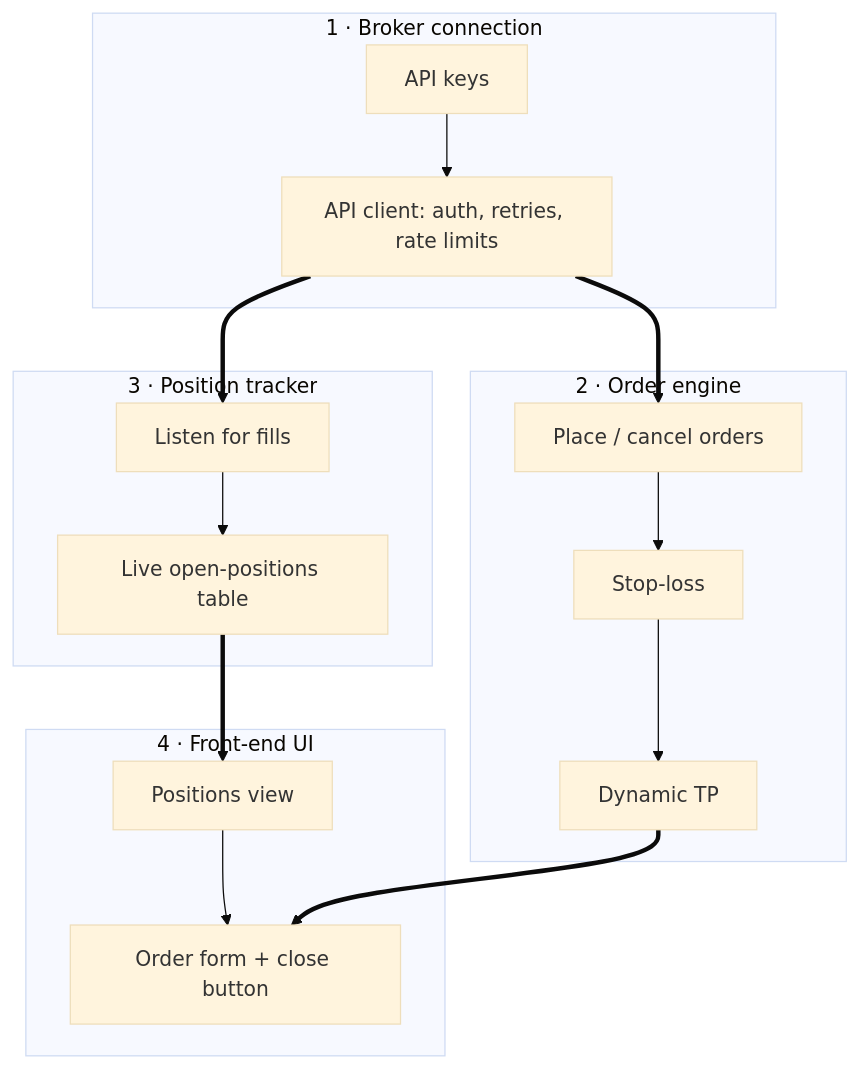
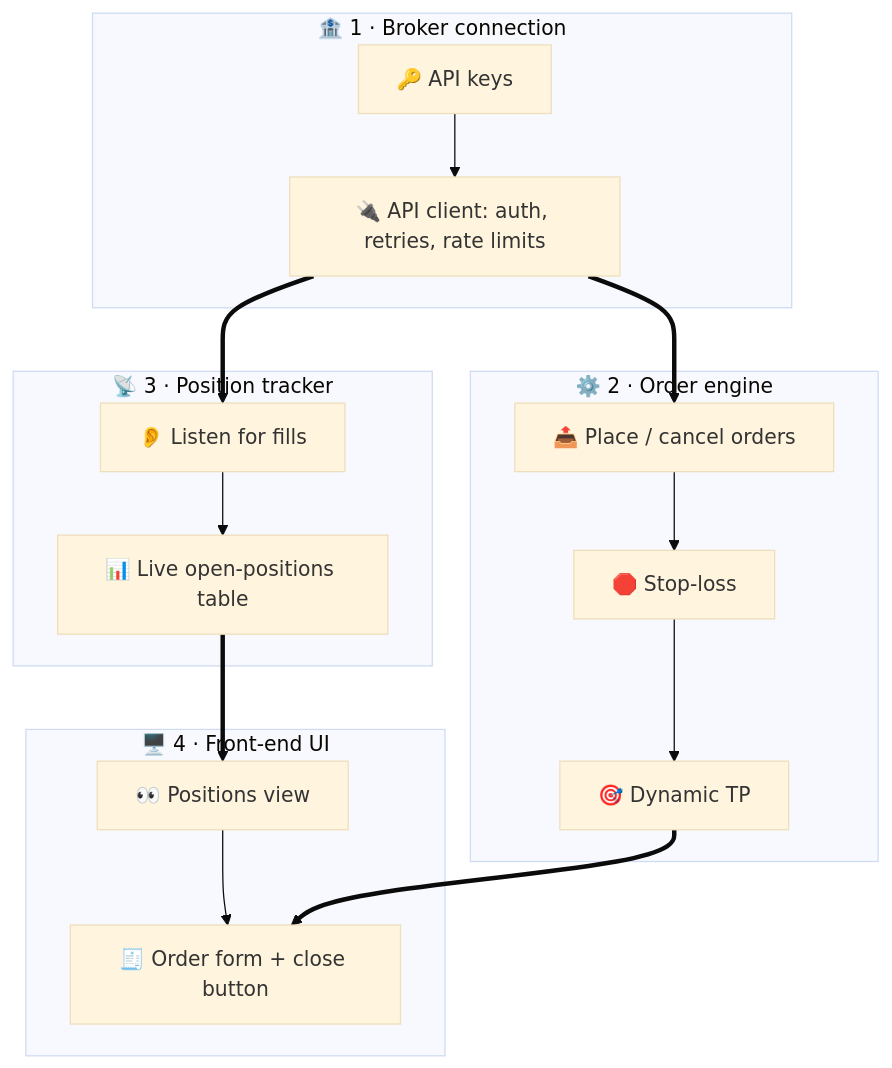
One commit to TR3-AI/idea-slicer changed the diagram in maps/trading-bot.md. Above: the diagram before and after it, drawn with Mermaid (base theme). The commit also changed other lines of this file and 2 other files, not shown here.

Commit message:
Visual structure: icons everywhere, modules as blocks inside department cards

````diff
--- a/maps/trading-bot.md
+++ b/maps/trading-bot.md
@@ -113,19 +117,19 @@
 ```mermaid
 flowchart TD
-  subgraph BROKER["1 · Broker connection"]
-    B1["API keys"] --> B2["API client: auth, retries, rate limits"]
+  subgraph BROKER["🏦 1 · Broker connection"]
+    B1["🔑 API keys"] --> B2["🔌 API client: auth, retries, rate limits"]
   end
-  subgraph ENGINE["2 · Order engine"]
-    E1["Place / cancel orders"] --> E2["Stop-loss"] --> E3["Dynamic TP"]
+  subgraph ENGINE["⚙️ 2 · Order engine"]
+    E1["📤 Place / cancel orders"] --> E2["🛑 Stop-loss"] --> E3["🎯 Dynamic TP"]
   end
-  subgraph TRACK["3 · Position tracker"]
-    T1["Listen for fills"] --> T2["Live open-positions table"]
+  subgraph TRACK["📡 3 · Position tracker"]
+    T1["👂 Listen for fills"] --> T2["📊 Live open-positions table"]
   end
-  subgraph UI["4 · Front-end UI"]
-    U1["Positions view"] --> U2["Order form + close button"]
+  subgraph UI["🖥️ 4 · Front-end UI"]
+    U1["👀 Positions view"] --> U2["🧾 Order form + close button"]
   end
   B2 ==> E1
   B2 ==> T1
   E3 ==> U2
   T2 ==> U1
 ```
````
